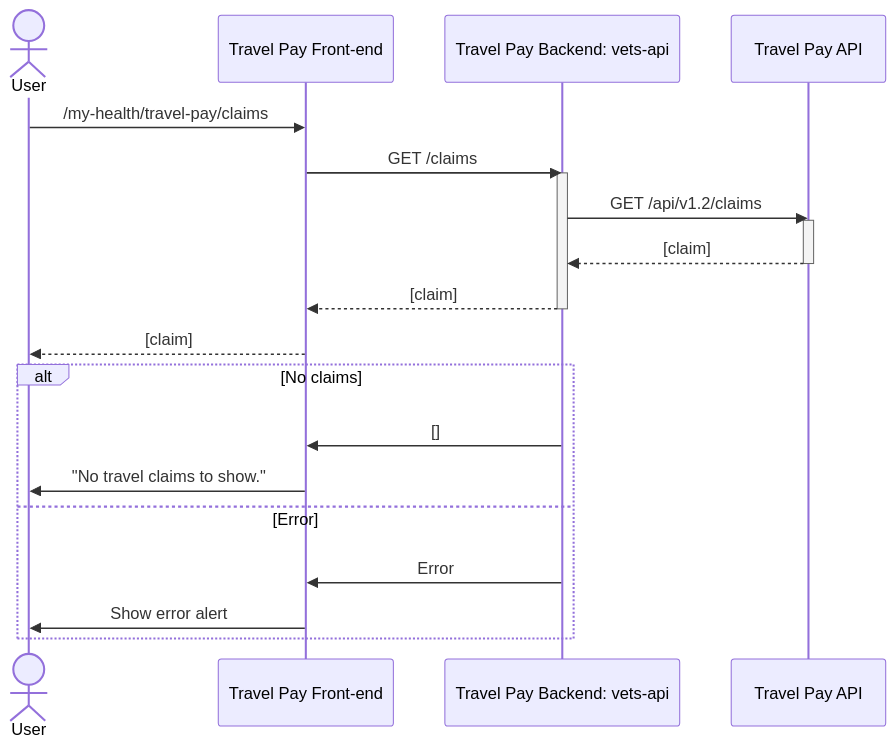
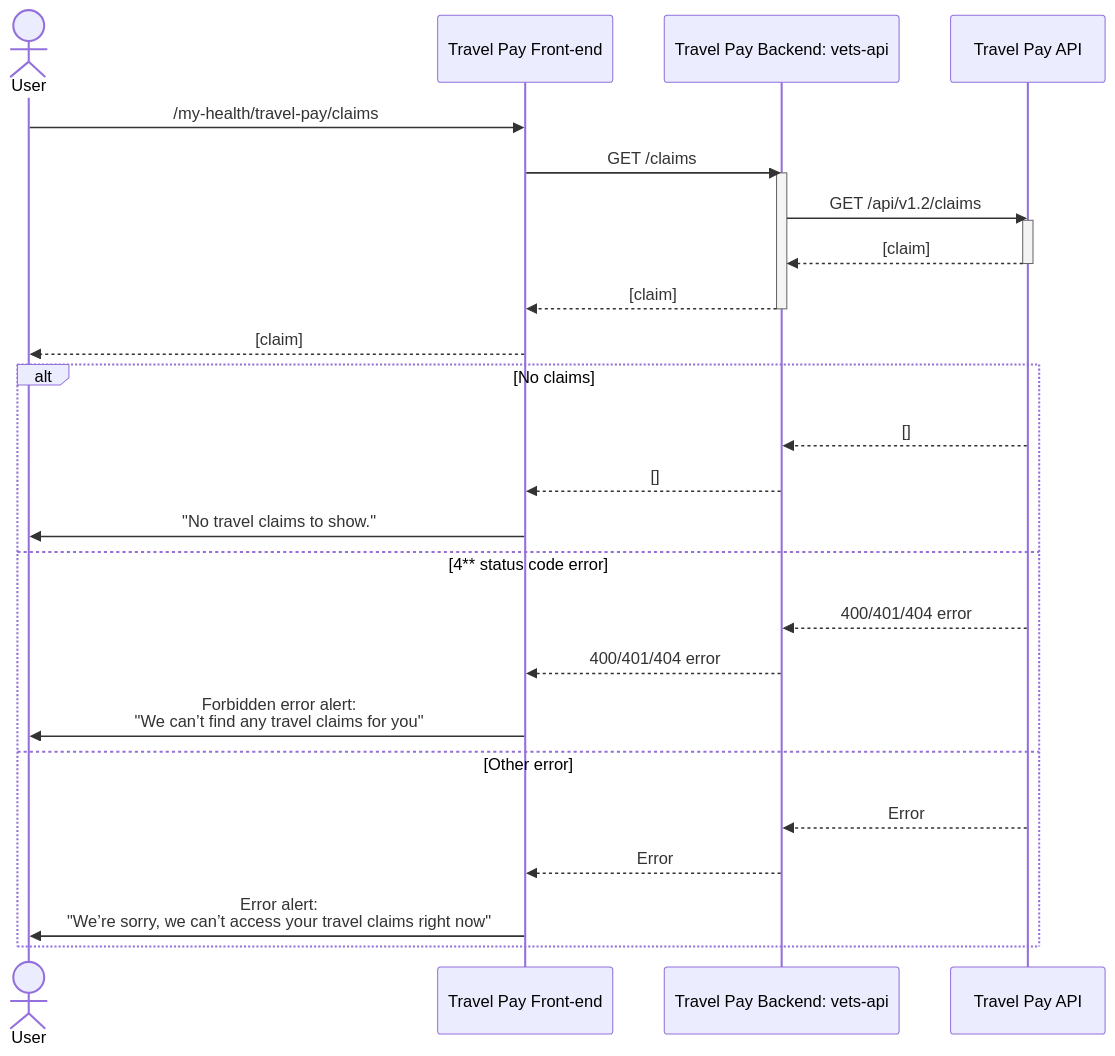
The first of 4 diagrams in products/health-care/beneficiary-travel/engineering/submit-claim/full-sequence-diagram.md (department-of-veterans-affairs/va.gov-team), drawn with Mermaid before and after one commit. The commit also changed other lines of this file, not shown here.

Commit message:
Consolidate entry from appts diagram into claim details

````diff
--- a/products/health-care/beneficiary-travel/engineering/submit-claim/full-sequence-diagram.md
+++ b/products/health-care/beneficiary-travel/engineering/submit-claim/full-sequence-diagram.md
@@ -5,28 +5,34 @@
 ```mermaid
 sequenceDiagram
     actor user as User
     participant tp as Travel Pay Front-end
     participant tpm  as Travel Pay Backend: vets-api
     participant tpapi as Travel Pay API
 
     user->>tp: /my-health/travel-pay/claims
 
     tp->>tpm: GET /claims
     activate tpm
         tpm->>tpapi: GET /api/v1.2/claims
         activate tpapi
             tpapi-->>tpm: [claim]
         deactivate tpapi
 
         tpm-->>tp: [claim]
     deactivate tpm
 
     tp-->>user: [claim]
     alt No claims
-        tpm->>tp: []
+        tpapi-->>tpm: []
+        tpm-->>tp: []
         tp->>user: "No travel claims to show."
-    else Error
-        tpm->>tp: Error
-        tp->>user: Show error alert
+    else 4** status code error
+        tpapi-->>tpm: 400/401/404 error
+        tpm-->>tp: 400/401/404 error
+        tp->>user: Forbidden error alert: <br />"We can’t find any travel claims for you"
+    else Other error
+        tpapi-->>tpm: Error
+        tpm-->>tp: Error
+        tp->>user: Error alert: <br />"We’re sorry, we can’t access your travel claims right now"
     end
 ```
````
